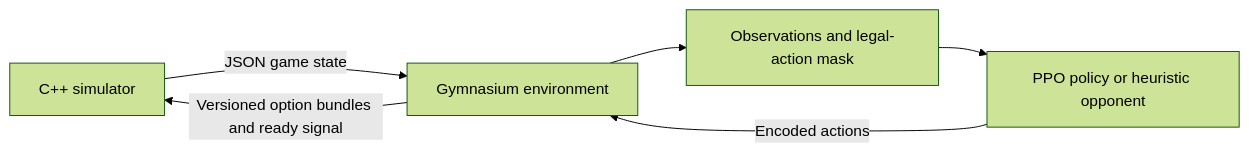
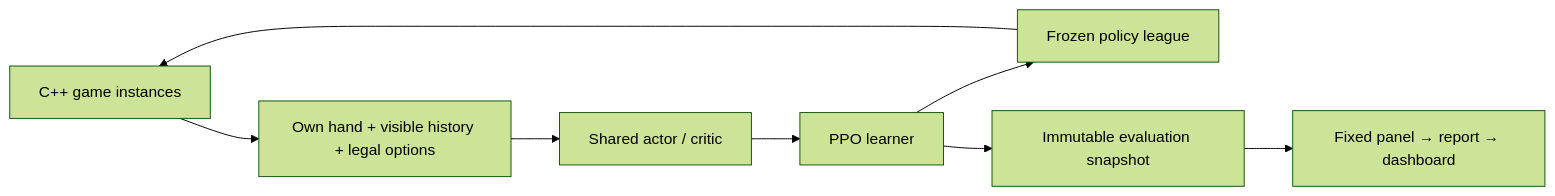
Before and after one commit to martenkrohn/seven-wonders-rl: the diagram in README.md, drawn with Mermaid (forest theme). The commit also changed other lines of this file and 411 other files, not shown here.

````diff
--- a/README.md
+++ b/README.md
@@ -31,8 +67,10 @@
 ```mermaid
 flowchart LR
-    A[C++ simulator] -->|JSON game state| B[Gymnasium environment]
-    B --> C[Observations and legal-action mask]
-    C --> D[PPO policy or heuristic opponent]
-    D -->|Encoded actions| B
-    B -->|Versioned option bundles and ready signal| A
+    A[C++ game instances] --> B[Own hand + visible history + legal options]
+    B --> C[Shared actor / critic]
+    C --> D[PPO learner]
+    D --> E[Frozen policy league]
+    E --> A
+    D --> F[Immutable evaluation snapshot]
+    F --> G[Fixed panel → report → dashboard]
 ```
````
